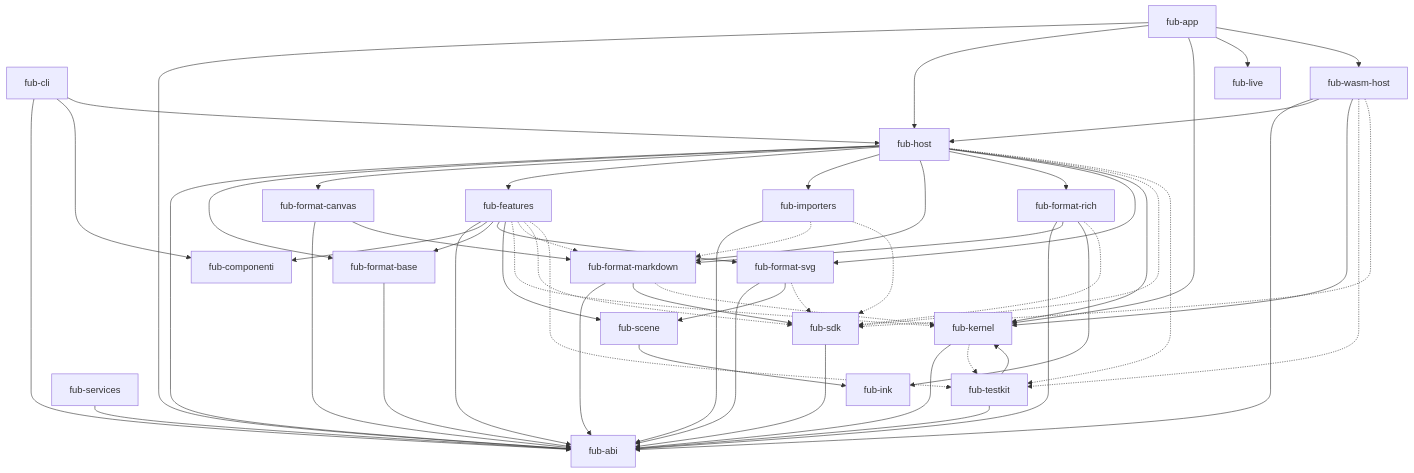
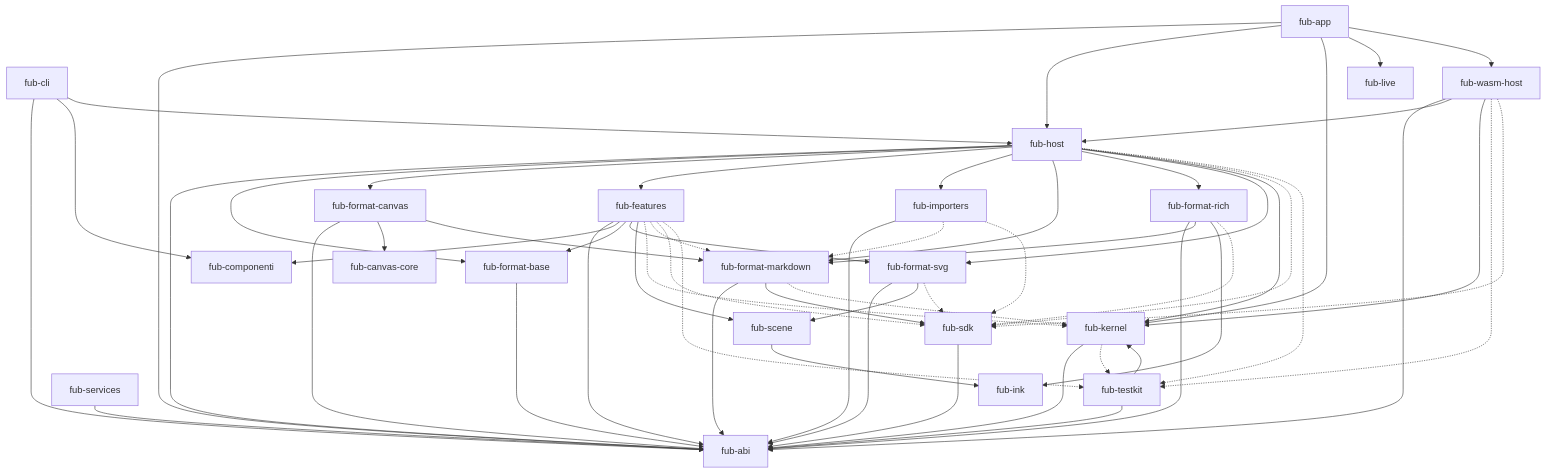
One commit to Fubeo/Fub changed the first of 4 diagrams in docs/architecture/overview.md. Above: the diagram before and after it, drawn with Mermaid. The commit also changed other lines of this file and 23 other files, not shown here.

Commit message:
feat(canvas): nucleo fub-canvas-core con il modello e la lettura della lavagna

```diff
--- a/docs/architecture/overview.md
+++ b/docs/architecture/overview.md
@@ -37,6 +37,7 @@
     markdown["fub-format-markdown"]
     base["fub-format-base"]
     canvas["fub-format-canvas"]
+    canvascore["fub-canvas-core"]
     svg["fub-format-svg"]
     scene["fub-scene"]
     ink["fub-ink"]
@@ -72,6 +73,7 @@
     services --> abi
     base --> abi
     canvas --> abi
+    canvas --> canvascore
     canvas --> markdown
     rich --> abi
     rich --> markdown
```
